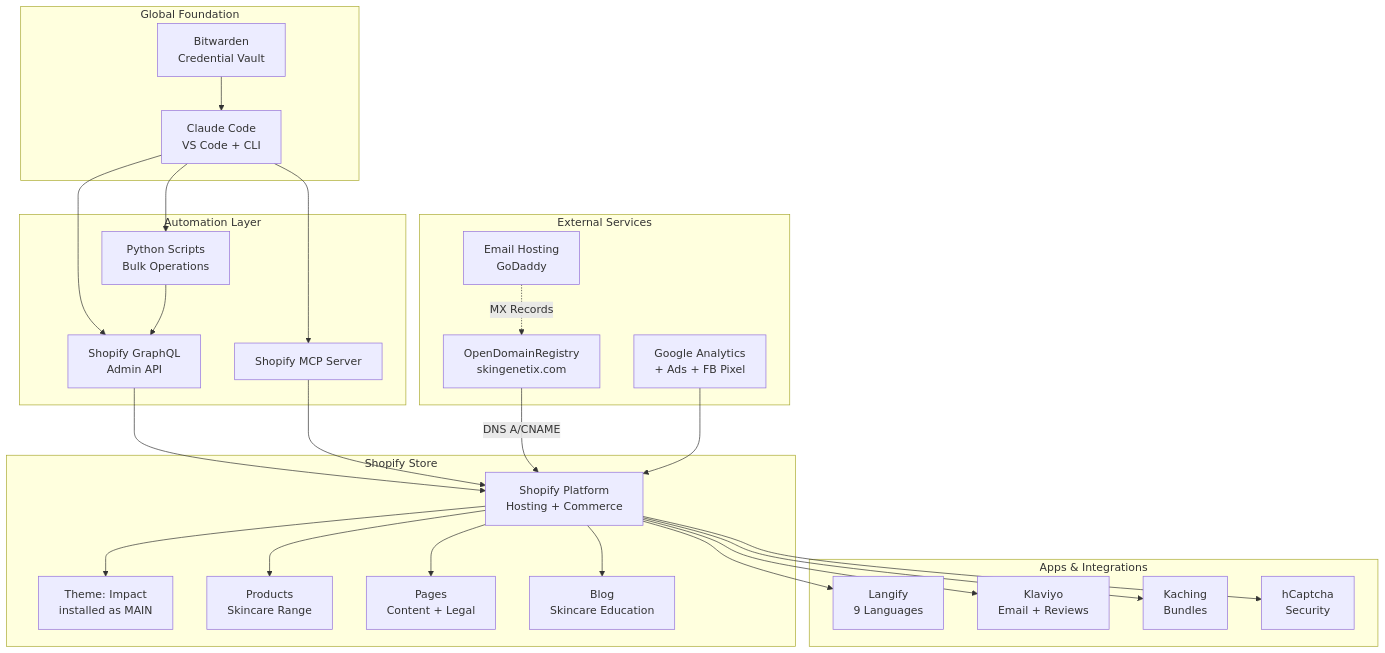
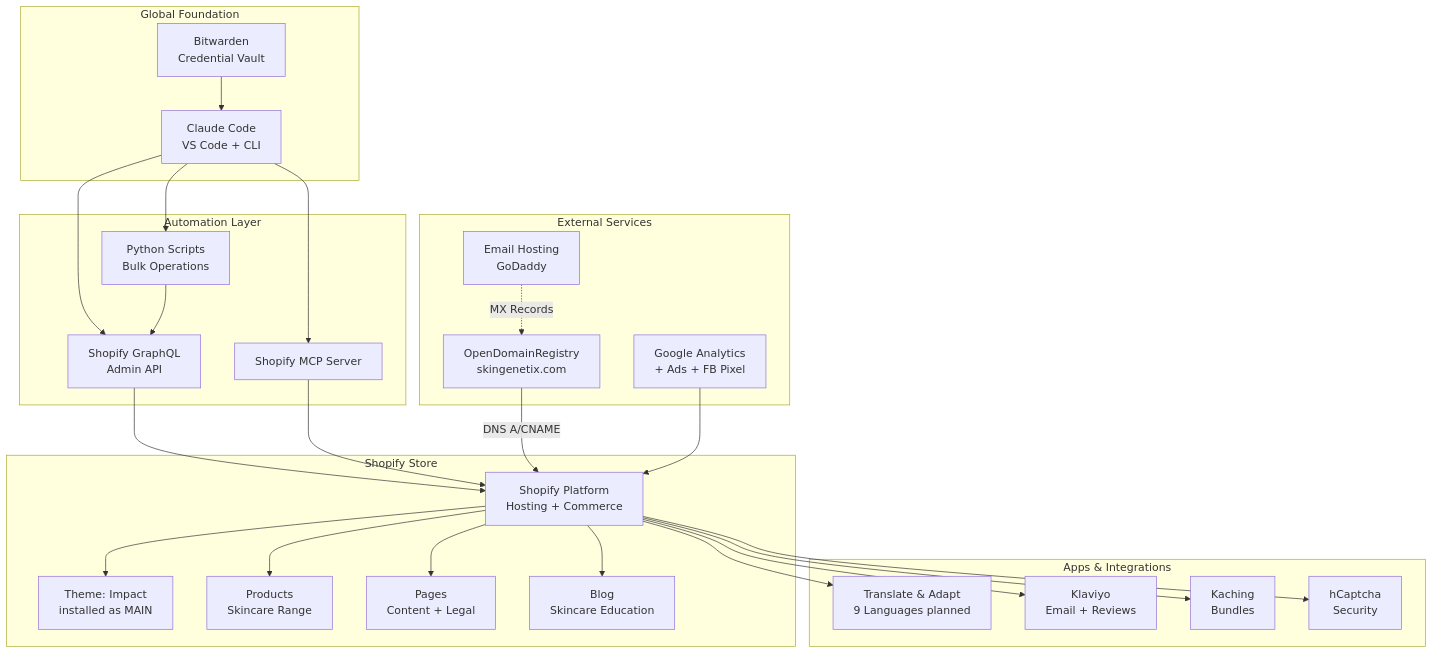
One commit to MrSmithNL/skingenetix-website changed the diagram in docs/architecture.md. Above: the diagram before and after it, drawn with Mermaid. The commit also changed other lines of this file and 12 other files, not shown here.

````diff
--- a/docs/architecture.md
+++ b/docs/architecture.md
@@ -5,53 +5,53 @@
 ```mermaid
 graph TB
     subgraph "Global Foundation"
         CC[Claude Code<br/>VS Code + CLI]
         BW[Bitwarden<br/>Credential Vault]
     end
 
     subgraph "Automation Layer"
         GQLAPI[Shopify GraphQL<br/>Admin API]
         MCP[Shopify MCP Server]
         SCRIPTS[Python Scripts<br/>Bulk Operations]
     end
 
     subgraph "Shopify Store"
         SHOP[Shopify Platform<br/>Hosting + Commerce]
         THEME[Theme: Impact<br/>installed as MAIN]
         PRODS[Products<br/>Skincare Range]
         PAGES[Pages<br/>Content + Legal]
         BLOG[Blog<br/>Skincare Education]
     end
 
     subgraph "Apps & Integrations"
-        LANG[Langify<br/>9 Languages]
+        LANG[Translate &amp; Adapt<br/>9 Languages planned]
         KLAV[Klaviyo<br/>Email + Reviews]
         KACH[Kaching<br/>Bundles]
         HCAP[hCaptcha<br/>Security]
     end
 
     subgraph "External Services"
         DOM[OpenDomainRegistry<br/>skingenetix.com]
         EMAIL[Email Hosting<br/>GoDaddy]
         GA[Google Analytics<br/>+ Ads + FB Pixel]
     end
 
     CC --> GQLAPI
     CC --> MCP
     CC --> SCRIPTS
     BW --> CC
     GQLAPI --> SHOP
     MCP --> SHOP
     SCRIPTS --> GQLAPI
     SHOP --> THEME
     SHOP --> PRODS
     SHOP --> PAGES
     SHOP --> BLOG
     SHOP --> LANG
     SHOP --> KLAV
     SHOP --> KACH
     SHOP --> HCAP
     DOM -->|DNS A/CNAME| SHOP
     EMAIL -.->|MX Records| DOM
     GA --> SHOP
 ```
````
